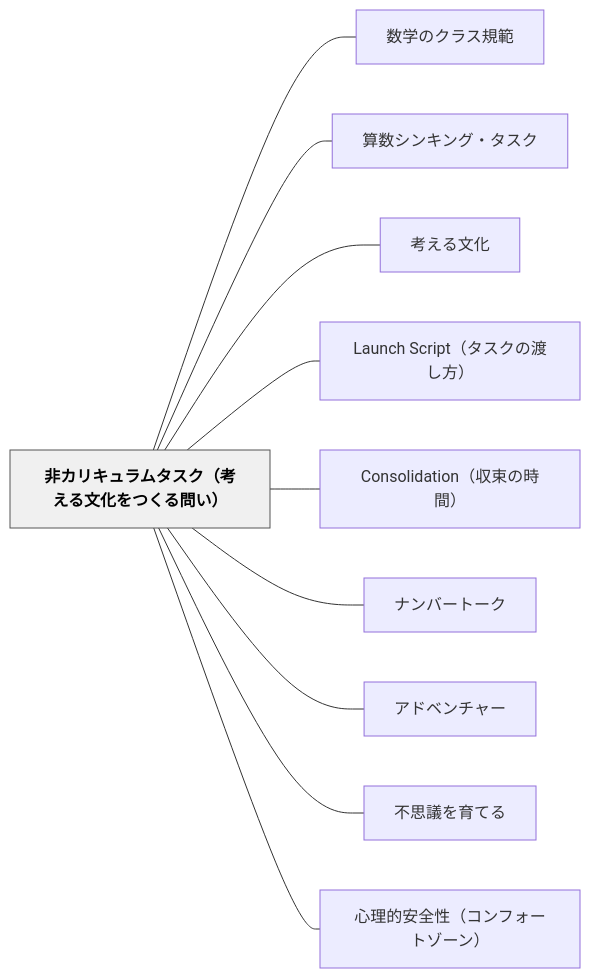
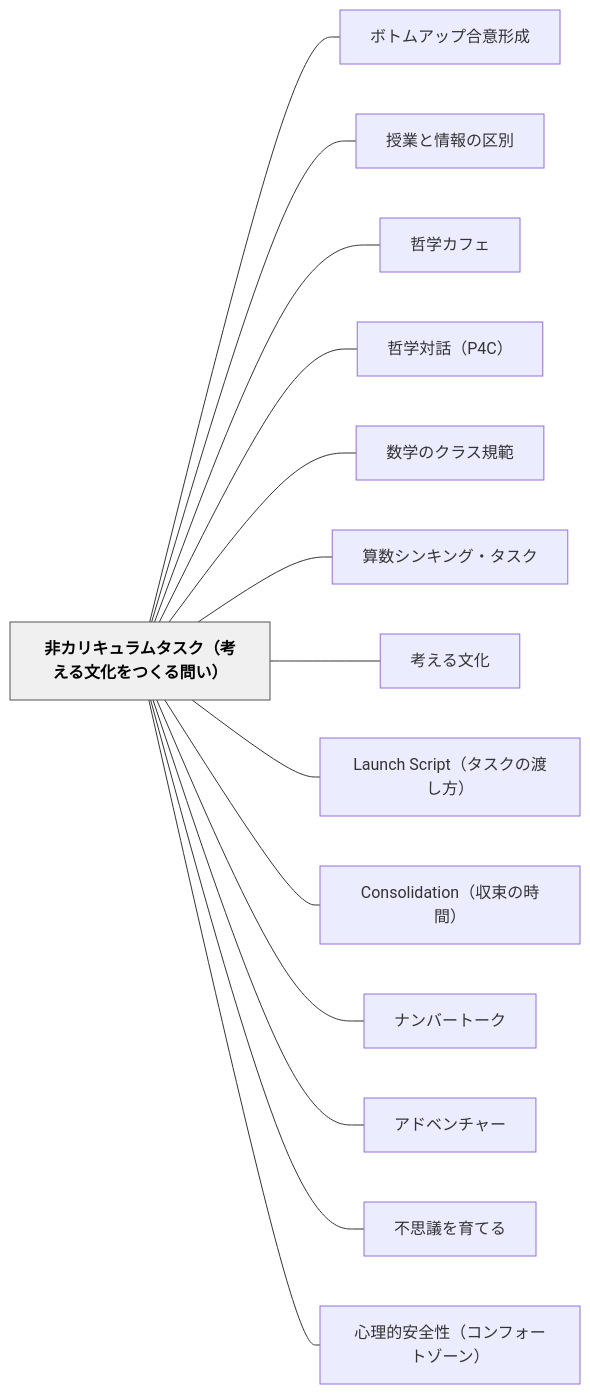
The diagram in content/パタン/非カリキュラムタスク（考える文化をつくる問い）.md (unknownthings-ed-patterns/unknownthings-ed-patterns), drawn with Mermaid before and after one commit. The commit also changed other lines of this file and 185 other files, not shown here.

````diff
--- a/content/パタン/非カリキュラムタスク（考える文化をつくる問い）.md
+++ b/content/パタン/非カリキュラムタスク（考える文化をつくる問い）.md
@@ -196,26 +200,34 @@
 ```mermaid
 flowchart LR
     ne99d9ee382abe383aae382ade383a5e383a9e383a0e382bfe382b9e382afefbc88e88083e38188e3828be69687e58c96e38292e381a4e3818fe3828be5958fe38184efbc89["非カリキュラムタスク（考える文化をつくる問い）"]
+    ne3839ce38388e383a0e382a2e38383e38397e59088e6848fe5bda2e68890["ボトムアップ合意形成"]
+    ne68e88e6a5ade381a8e68385e5a0b1e381aee58cbae588a5["授業と情報の区別"]
+    ne593b2e5ada6e382abe38395e382a7["哲学カフェ"]
+    ne593b2e5ada6e5afbee8a9b1efbc88503443efbc89["哲学対話（P4C）"]
     ne695b0e5ada6e381aee382afe383a9e382b9e8a68fe7af84["数学のクラス規範"]
     ne7ae97e695b0e382b7e383b3e382ade383b3e382b0e383bbe382bfe382b9e382af["算数シンキング・タスク"]
     ne88083e38188e3828be69687e58c96["考える文化"]
     n4c61756e636820536372697074efbc88e382bfe382b9e382afe381aee6b8a1e38197e696b9efbc89["Launch Script（タスクの渡し方）"]
     n436f6e736f6c69646174696f6eefbc88e58f8ee69d9fe381aee69982e99693efbc89["Consolidation（収束の時間）"]
     ne3838ae383b3e38390e383bce38388e383bce382af["ナンバートーク"]
     ne382a2e38389e38399e383b3e38381e383a3e383bc["アドベンチャー"]
     ne4b88de6809de8adb0e38292e882b2e381a6e3828b["不思議を育てる"]
     ne5bf83e79086e79a84e5ae89e585a8e680a7efbc88e382b3e383b3e38395e382a9e383bce38388e382bee383bce383b3efbc89["心理的安全性（コンフォートゾーン）"]
 
+    ne99d9ee382abe383aae382ade383a5e383a9e383a0e382bfe382b9e382afefbc88e88083e38188e3828be69687e58c96e38292e381a4e3818fe3828be5958fe38184efbc89 --- ne3839ce38388e383a0e382a2e38383e38397e59088e6848fe5bda2e68890
+    ne99d9ee382abe383aae382ade383a5e383a9e383a0e382bfe382b9e382afefbc88e88083e38188e3828be69687e58c96e38292e381a4e3818fe3828be5958fe38184efbc89 --- ne68e88e6a5ade381a8e68385e5a0b1e381aee58cbae588a5
+    ne99d9ee382abe383aae382ade383a5e383a9e383a0e382bfe382b9e382afefbc88e88083e38188e3828be69687e58c96e38292e381a4e3818fe3828be5958fe38184efbc89 --- ne593b2e5ada6e382abe38395e382a7
+    ne99d9ee382abe383aae382ade383a5e383a9e383a0e382bfe382b9e382afefbc88e88083e38188e3828be69687e58c96e38292e381a4e3818fe3828be5958fe38184efbc89 --- ne593b2e5ada6e5afbee8a9b1efbc88503443efbc89
     ne99d9ee382abe383aae382ade383a5e383a9e383a0e382bfe382b9e382afefbc88e88083e38188e3828be69687e58c96e38292e381a4e3818fe3828be5958fe38184efbc89 --- ne695b0e5ada6e381aee382afe383a9e382b9e8a68fe7af84
     ne99d9ee382abe383aae382ade383a5e383a9e383a0e382bfe382b9e382afefbc88e88083e38188e3828be69687e58c96e38292e381a4e3818fe3828be5958fe38184efbc89 --- ne7ae97e695b0e382b7e383b3e382ade383b3e382b0e383bbe382bfe382b9e382af
     ne99d9ee382abe383aae382ade383a5e383a9e383a0e382bfe382b9e382afefbc88e88083e38188e3828be69687e58c96e38292e381a4e3818fe3828be5958fe38184efbc89 --- ne88083e38188e3828be69687e58c96
     ne99d9ee382abe383aae382ade383a5e383a9e383a0e382bfe382b9e382afefbc88e88083e38188e3828be69687e58c96e38292e381a4e3818fe3828be5958fe38184efbc89 --- n4c61756e636820536372697074efbc88e382bfe382b9e382afe381aee6b8a1e38197e696b9efbc89
     ne99d9ee382abe383aae382ade383a5e383a9e383a0e382bfe382b9e382afefbc88e88083e38188e3828be69687e58c96e38292e381a4e3818fe3828be5958fe38184efbc89 --- n436f6e736f6c69646174696f6eefbc88e58f8ee69d9fe381aee69982e99693efbc89
     ne99d9ee382abe383aae382ade383a5e383a9e383a0e382bfe382b9e382afefbc88e88083e38188e3828be69687e58c96e38292e381a4e3818fe3828be5958fe38184efbc89 --- ne3838ae383b3e38390e383bce38388e383bce382af
     ne99d9ee382abe383aae382ade383a5e383a9e383a0e382bfe382b9e382afefbc88e88083e38188e3828be69687e58c96e38292e381a4e3818fe3828be5958fe38184efbc89 --- ne382a2e38389e38399e383b3e38381e383a3e383bc
     ne99d9ee382abe383aae382ade383a5e383a9e383a0e382bfe382b9e382afefbc88e88083e38188e3828be69687e58c96e38292e381a4e3818fe3828be5958fe38184efbc89 --- ne4b88de6809de8adb0e38292e882b2e381a6e3828b
     ne99d9ee382abe383aae382ade383a5e383a9e383a0e382bfe382b9e382afefbc88e88083e38188e3828be69687e58c96e38292e381a4e3818fe3828be5958fe38184efbc89 --- ne5bf83e79086e79a84e5ae89e585a8e680a7efbc88e382b3e383b3e38395e382a9e383bce38388e382bee383bce383b3efbc89
 
     classDef hub fill:#f0f0f0,stroke:#555,color:#000,font-weight:bold
     class ne99d9ee382abe383aae382ade383a5e383a9e383a0e382bfe382b9e382afefbc88e88083e38188e3828be69687e58c96e38292e381a4e3818fe3828be5958fe38184efbc89 hub
 ```
````
